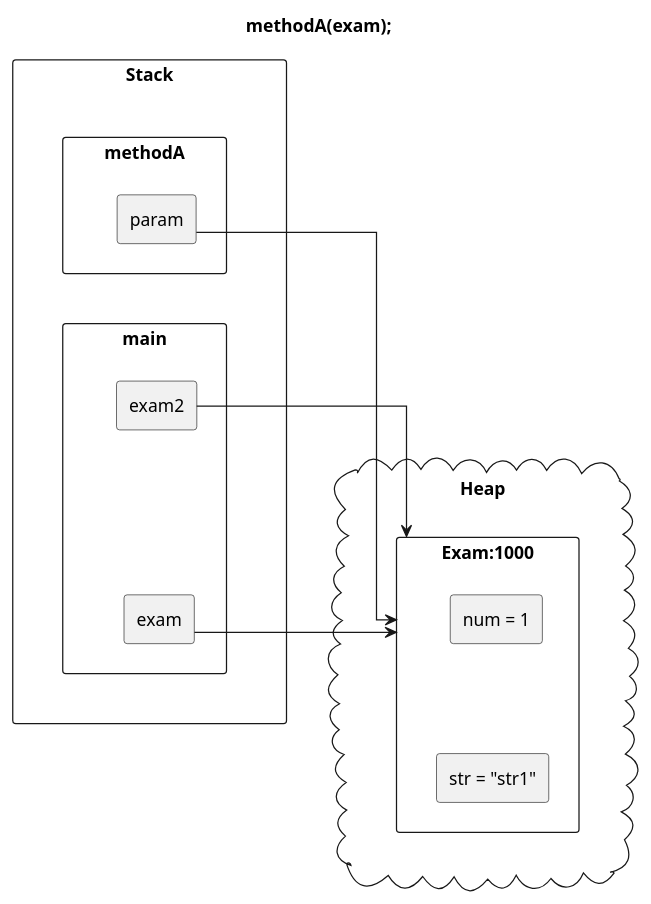
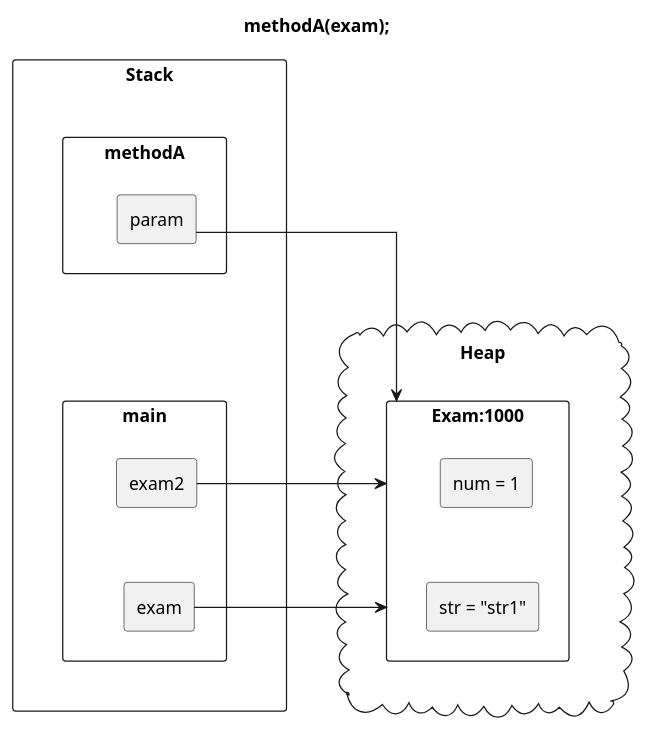
Before and after one commit to windowforsun/blog: the diagram in plantuml/java/concept-memorymanagement-18.plantuml, drawn with PlantUML. The commit also changed 9 other files, not shown here.

```diff
--- a/plantuml/java/concept-memorymanagement-18.plantuml
+++ b/plantuml/java/concept-memorymanagement-18.plantuml
@@ -1,34 +1,34 @@
 @startuml
 skinparam linetype ortho
 
 title methodA(exam);
 
 rectangle "Stack" {
 	rectangle "methodA" {
 		rectangle "param"
 	}
 	rectangle "main" {
 		rectangle "exam2"
 		rectangle "exam"
 
 		exam2 -[hidden]d- exam
 	}
 
 	methodA -[hidden]d- main
 }
 
 cloud "Heap" {
 	rectangle "Exam:1000" as Exam1000 {
 		rectangle "num = 1" as num1000
 		rectangle "str = "str1"" as str1000
 		num1000 -[hidden]d- str1000
 	}
 }
 
-Stack -[hidden]right-Heap
+Stack -[hidden]r-Heap
 
-exam -right-> Exam1000
-exam2 -right-> Exam1000
-param -right-> Exam1000
+exam -up-> Exam1000
+exam2 --> Exam1000
+param --> Exam1000
 
 @enduml
```
